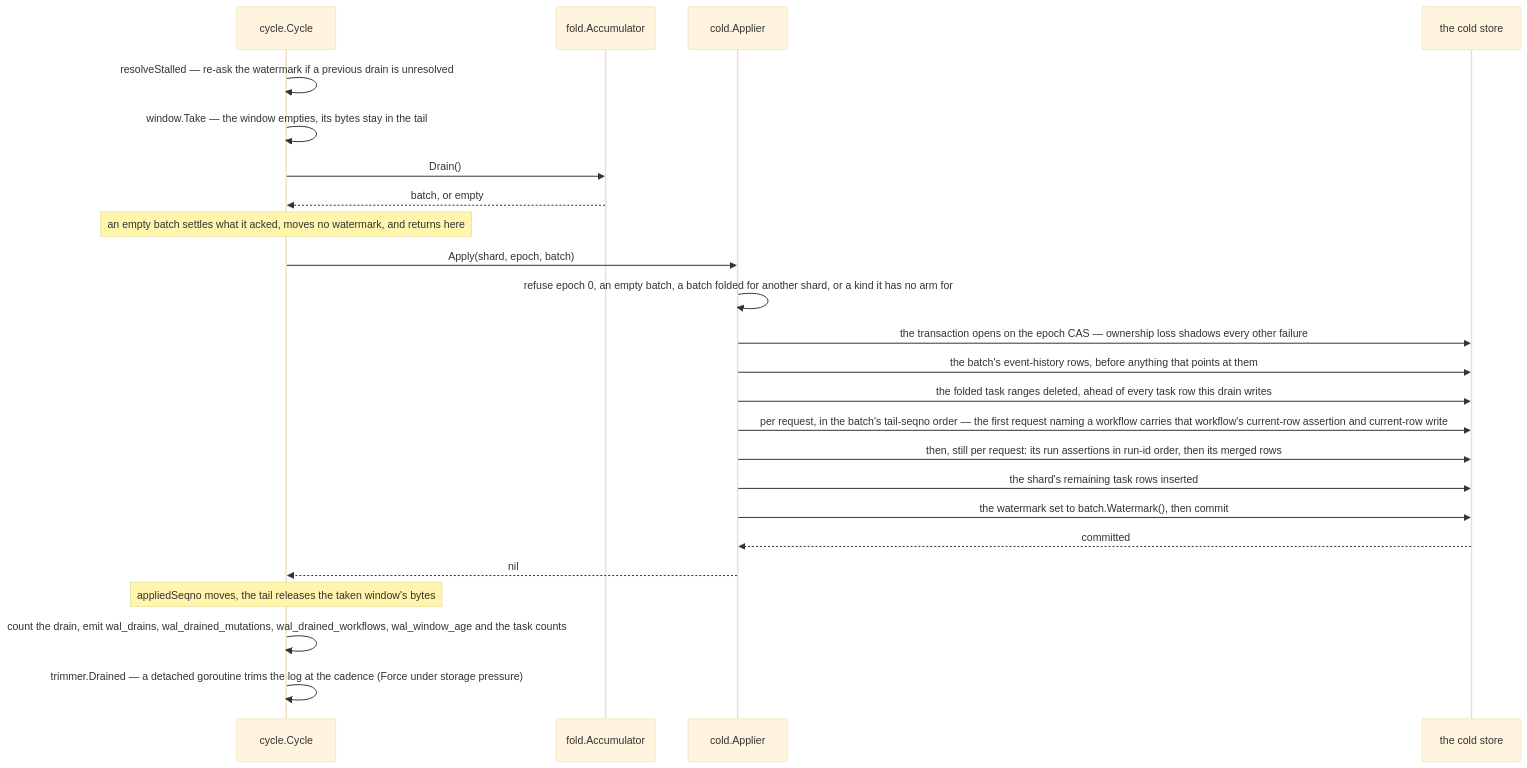
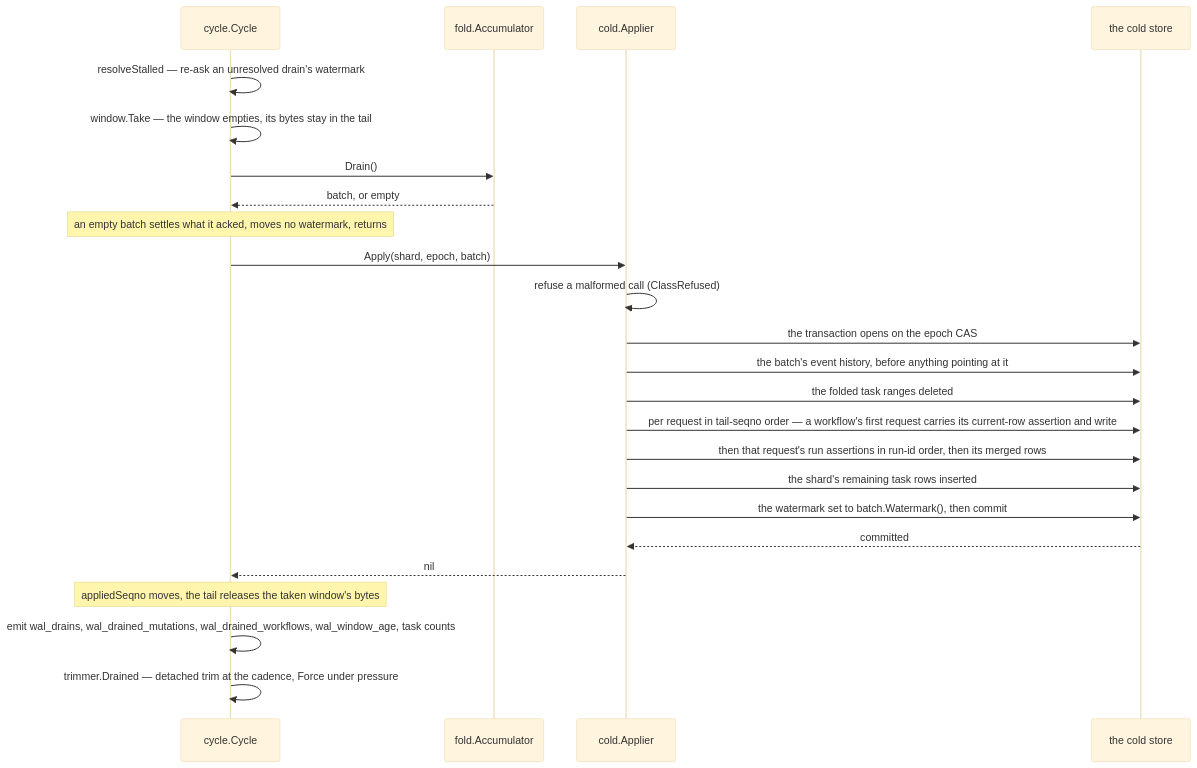
One commit to aromanovich/waltz changed the second of 8 diagrams in docs/handbook/05-write-path.md. Above: the diagram before and after it, drawn with Mermaid (base theme). The commit also changed other lines of this file and 15 other files, not shown here.

````diff
--- a/docs/handbook/05-write-path.md
+++ b/docs/handbook/05-write-path.md
@@ -169,27 +112,27 @@
 ```mermaid
 sequenceDiagram
   participant CY as cycle.Cycle
   participant ACC as fold.Accumulator
   participant AP as cold.Applier
   participant CS as the cold store
 
-  CY->>CY: resolveStalled — re-ask the watermark if a previous drain is unresolved
+  CY->>CY: resolveStalled — re-ask an unresolved drain's watermark
   CY->>CY: window.Take — the window empties, its bytes stay in the tail
   CY->>ACC: Drain()
   ACC-->>CY: batch, or empty
-  Note over CY: an empty batch settles what it acked, moves no watermark, and returns here
+  Note over CY: an empty batch settles what it acked, moves no watermark, returns
   CY->>AP: Apply(shard, epoch, batch)
-  AP->>AP: refuse epoch 0, an empty batch, a batch folded for another shard, or a kind it has no arm for
-  AP->>CS: the transaction opens on the epoch CAS — ownership loss shadows every other failure
-  AP->>CS: the batch's event-history rows, before anything that points at them
-  AP->>CS: the folded task ranges deleted, ahead of every task row this drain writes
-  AP->>CS: per request, in the batch's tail-seqno order — the first request naming a workflow carries that workflow's current-row assertion and current-row write
-  AP->>CS: then, still per request: its run assertions in run-id order, then its merged rows
+  AP->>AP: refuse a malformed call (ClassRefused)
+  AP->>CS: the transaction opens on the epoch CAS
+  AP->>CS: the batch's event history, before anything pointing at it
+  AP->>CS: the folded task ranges deleted
+  AP->>CS: per request in tail-seqno order — a workflow's first request carries its current-row assertion and write
+  AP->>CS: then that request's run assertions in run-id order, then its merged rows
   AP->>CS: the shard's remaining task rows inserted
   AP->>CS: the watermark set to batch.Watermark(), then commit
   CS-->>AP: committed
   AP-->>CY: nil
   Note over CY: appliedSeqno moves, the tail releases the taken window's bytes
-  CY->>CY: count the drain, emit wal_drains, wal_drained_mutations, wal_drained_workflows, wal_window_age and the task counts
-  CY->>CY: trimmer.Drained — a detached goroutine trims the log at the cadence (Force under storage pressure)
+  CY->>CY: emit wal_drains, wal_drained_mutations, wal_drained_workflows, wal_window_age, task counts
+  CY->>CY: trimmer.Drained — detached trim at the cadence, Force under pressure
 ```
````
